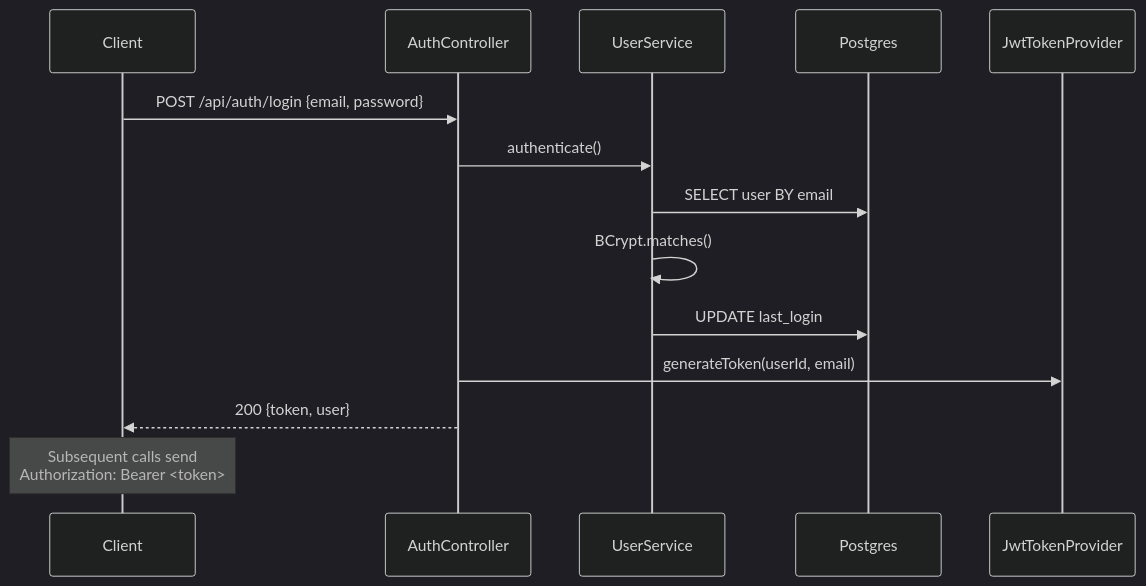
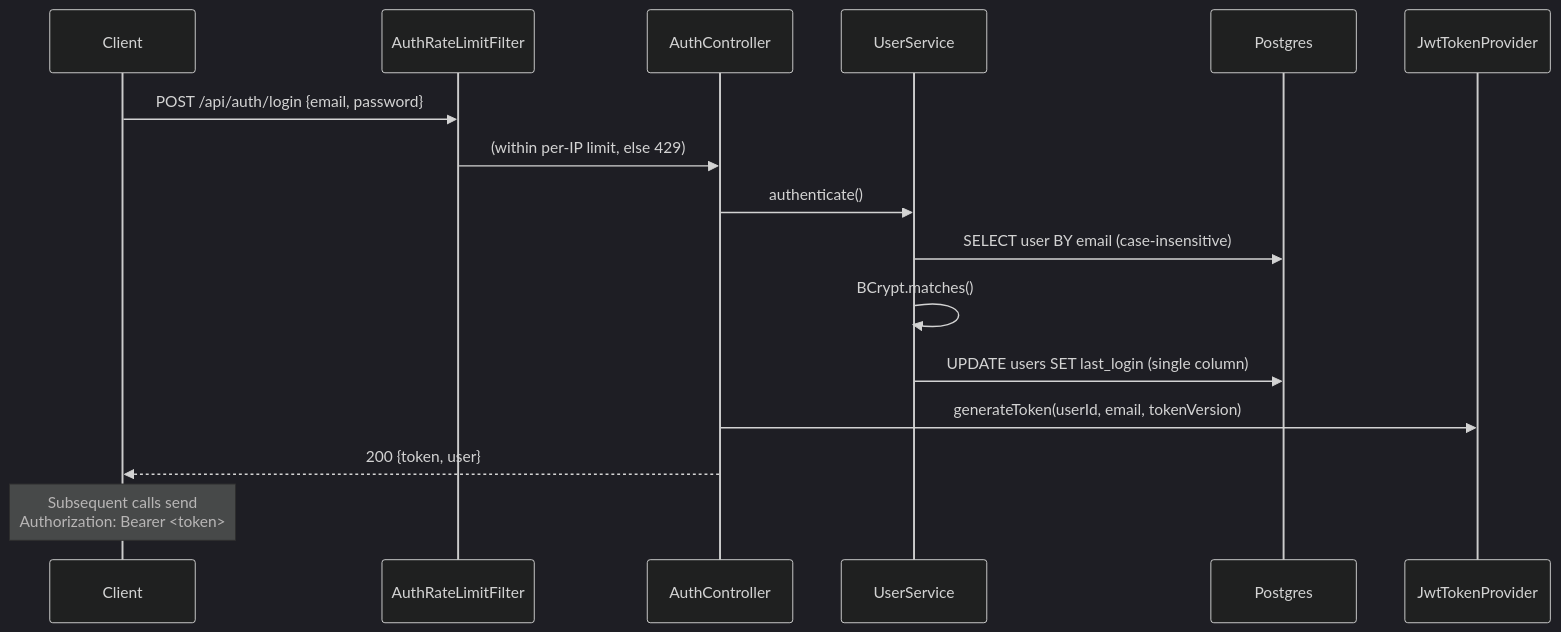
Before and after one commit to TechByChibuzo/finance-coach-backend: the second of 8 diagrams in docs/SYSTEM_DESIGN.md, drawn with Mermaid (dark theme). The commit also changed other lines of this file and 1 other file, not shown here.

````diff
--- a/docs/SYSTEM_DESIGN.md
+++ b/docs/SYSTEM_DESIGN.md
@@ -135,16 +149,18 @@
 ```mermaid
 sequenceDiagram
     participant C as Client
+    participant R as AuthRateLimitFilter
     participant A as AuthController
     participant U as UserService
     participant DB as Postgres
     participant J as JwtTokenProvider
-    C->>A: POST /api/auth/login {email, password}
+    C->>R: POST /api/auth/login {email, password}
+    R->>A: (within per-IP limit, else 429)
     A->>U: authenticate()
-    U->>DB: SELECT user BY email
+    U->>DB: SELECT user BY email (case-insensitive)
     U->>U: BCrypt.matches()
-    U->>DB: UPDATE last_login
-    A->>J: generateToken(userId, email)
+    U->>DB: UPDATE users SET last_login (single column)
+    A->>J: generateToken(userId, email, tokenVersion)
     A-->>C: 200 {token, user}
     Note over C: Subsequent calls send<br/>Authorization: Bearer <token>
 ```
````
